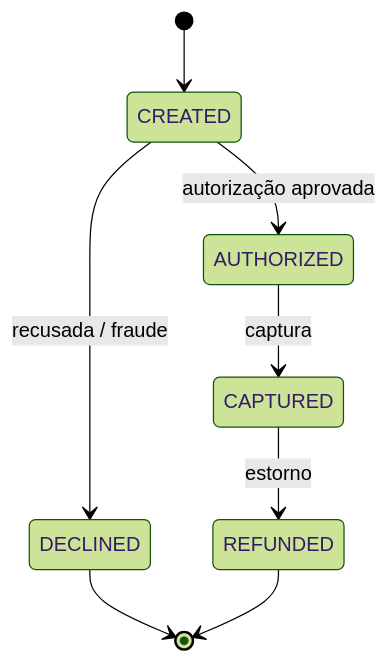
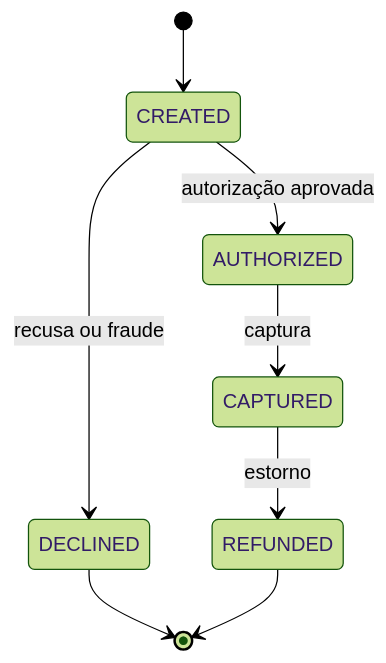
Before and after one commit to cauanvital/payment-gateway-simulator: the second of 2 diagrams in README.md, drawn with Mermaid (forest theme). The commit also changed other lines of this file, not shown here.

````diff
--- a/README.md
+++ b/README.md
@@ -61,10 +69,10 @@
 ```mermaid
 stateDiagram-v2
     [*] --> CREATED
     CREATED --> AUTHORIZED: autorização aprovada
-    CREATED --> DECLINED: recusada / fraude
+    CREATED --> DECLINED: recusa ou fraude
     AUTHORIZED --> CAPTURED: captura
     CAPTURED --> REFUNDED: estorno
     DECLINED --> [*]
     REFUNDED --> [*]
 ```
````
